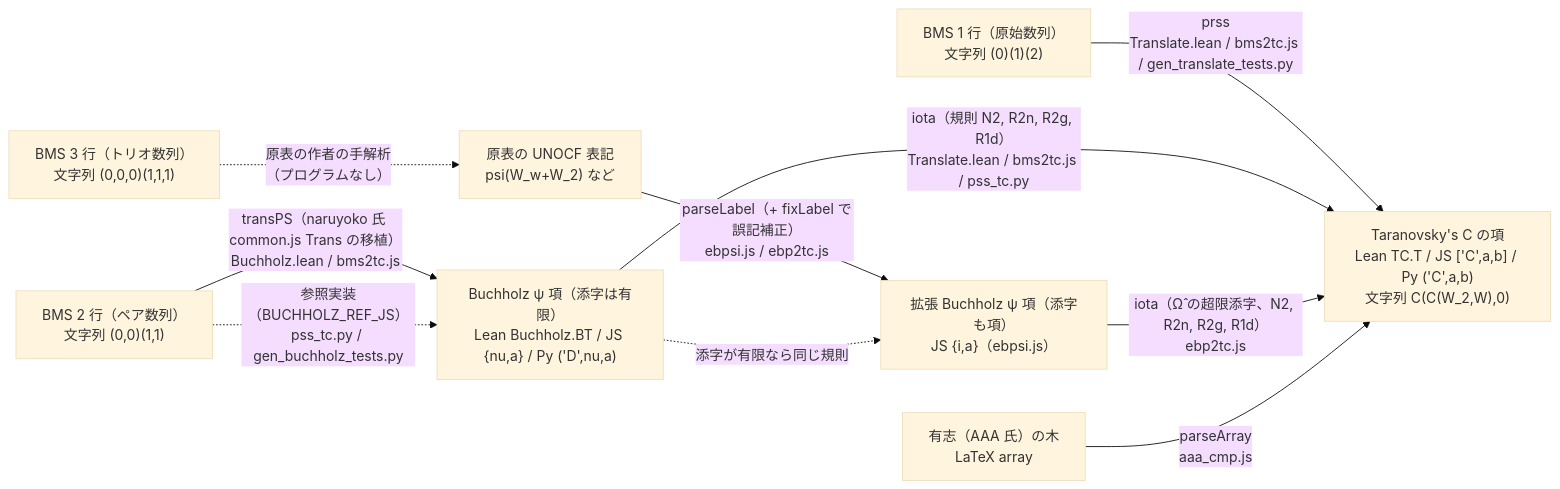
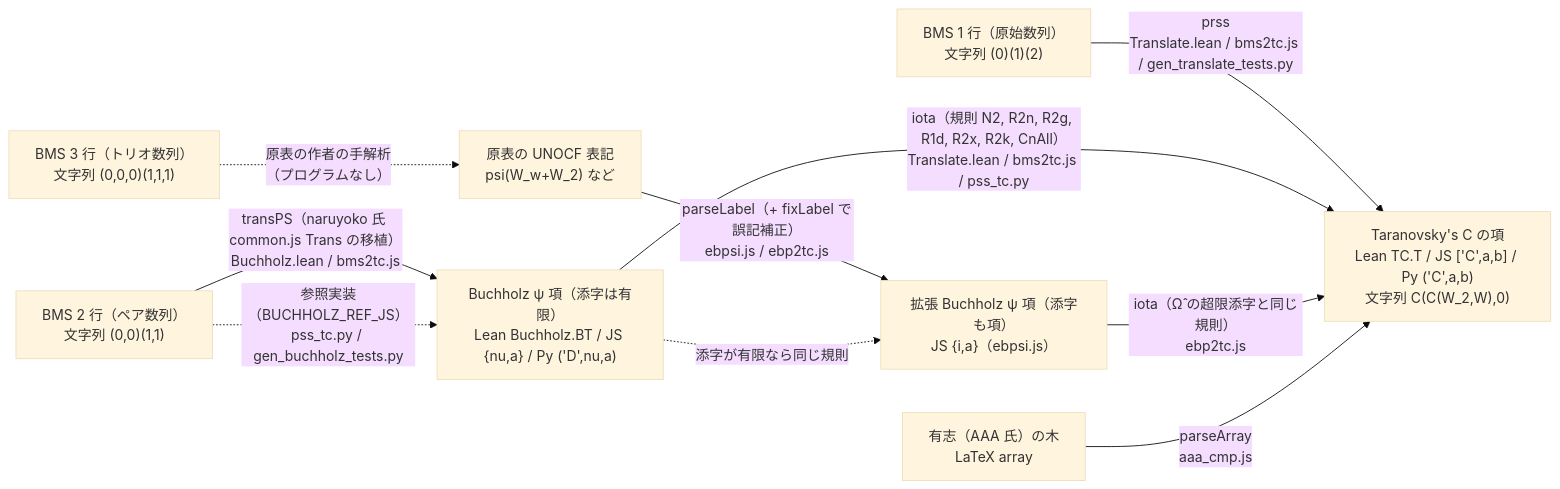
The first of 4 diagrams in tools/README.md (koteitan/bms-vs-taranovskys-c), drawn with Mermaid (base theme) before and after one commit. The commit also changed 20 other files, not shown here.

````diff
--- a/tools/README.md
+++ b/tools/README.md
@@ -10,21 +10,21 @@
 ```mermaid
 flowchart LR
   BMS1["BMS 1 行（原始数列）<br/>文字列 (0)(1)(2)"]
   BMS2["BMS 2 行（ペア数列）<br/>文字列 (0,0)(1,1)"]
   BMS3["BMS 3 行（トリオ数列）<br/>文字列 (0,0,0)(1,1,1)"]
   LABEL["原表の UNOCF 表記<br/>psi(W_w+W_2) など"]
   BT["Buchholz ψ 項（添字は有限）<br/>Lean Buchholz.BT / JS {nu,a} / Py ('D',nu,a)"]
   EBP["拡張 Buchholz ψ 項（添字も項）<br/>JS {i,a}（ebpsi.js）"]
   TC["Taranovsky's C の項<br/>Lean TC.T / JS ['C',a,b] / Py ('C',a,b)<br/>文字列 C(C(W_2,W),0)"]
   AAA["有志（AAA 氏）の木<br/>LaTeX array"]
 
   BMS1 -->|"prss<br/>Translate.lean / bms2tc.js / gen_translate_tests.py"| TC
   BMS2 -->|"transPS（naruyoko 氏 common.js Trans の移植）<br/>Buchholz.lean / bms2tc.js"| BT
   BMS2 -.->|"参照実装（BUCHHOLZ_REF_JS）<br/>pss_tc.py / gen_buchholz_tests.py"| BT
-  BT -->|"iota（規則 N2, R2n, R2g, R1d）<br/>Translate.lean / bms2tc.js / pss_tc.py"| TC
+  BT -->|"iota（規則 N2, R2n, R2g, R1d, R2x, R2k, CnAll）<br/>Translate.lean / bms2tc.js / pss_tc.py"| TC
   BMS3 -.->|"原表の作者の手解析<br/>（プログラムなし）"| LABEL
   LABEL -->|"parseLabel（+ fixLabel で誤記補正）<br/>ebpsi.js / ebp2tc.js"| EBP
-  EBP -->|"iota（Ω̂ の超限添字、N2, R2n, R2g, R1d）<br/>ebp2tc.js"| TC
+  EBP -->|"iota（Ω̂ の超限添字と同じ規則）<br/>ebp2tc.js"| TC
   BT -.->|"添字が有限なら同じ規則"| EBP
   AAA -->|"parseArray<br/>aaa_cmp.js"| TC
 ```
````
